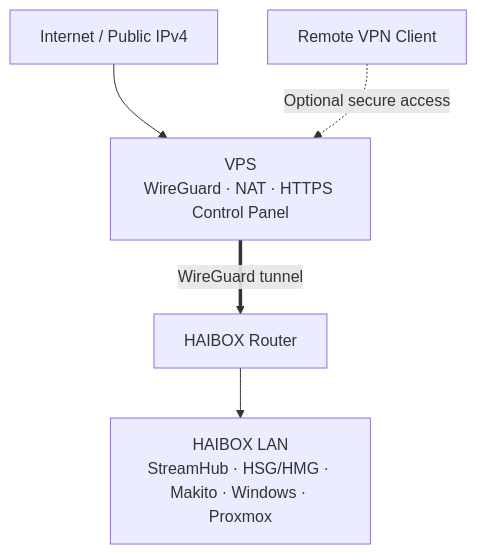
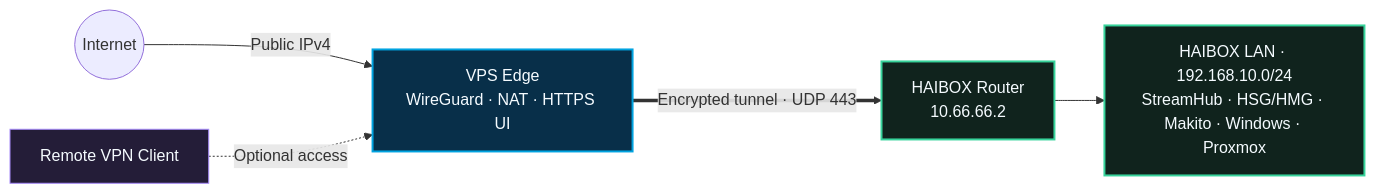
One commit to simonemessina92/haibox-wireguard changed the diagram in README.md. Above: the diagram before and after it, drawn with Mermaid. The commit also changed other lines of this file and 1 other file, not shown here.

Commit message:
docs: surface Golden downloads and release checklist
Move stable install assets above the architecture, refine the topology diagram, and require README review during every Golden promotion.

````diff
--- a/README.md
+++ b/README.md
@@ -13,7 +23,14 @@
 ```mermaid
-flowchart TD
-    Internet["Internet / Public IPv4"] --> VPS["VPS<br/>WireGuard · NAT · HTTPS Control Panel"]
-    Remote["Remote VPN Client"] -. "Optional secure access" .-> VPS
-    VPS == "WireGuard tunnel" ==> Router["HAIBOX Router"]
-    Router --> LAN["HAIBOX LAN<br/>StreamHub · HSG/HMG · Makito · Windows · Proxmox"]
+flowchart LR
+    Internet(("Internet")) -->|"Public IPv4"| VPS["VPS Edge<br/>WireGuard · NAT · HTTPS UI"]
+    Remote["Remote VPN Client"] -. "Optional access" .-> VPS
+    VPS == "Encrypted tunnel · UDP 443" ==> Router["HAIBOX Router<br/>10.66.66.2"]
+    Router --> LAN["HAIBOX LAN · 192.168.10.0/24<br/>StreamHub · HSG/HMG · Makito · Windows · Proxmox"]
+
+    classDef edge fill:#082f49,stroke:#00a3e0,color:#f5fbff,stroke-width:2px
+    classDef site fill:#10231d,stroke:#37d39b,color:#f5fbff,stroke-width:2px
+    classDef client fill:#241d38,stroke:#a78bfa,color:#f5fbff
+    class VPS edge
+    class Router,LAN site
+    class Remote client
 ```
````
